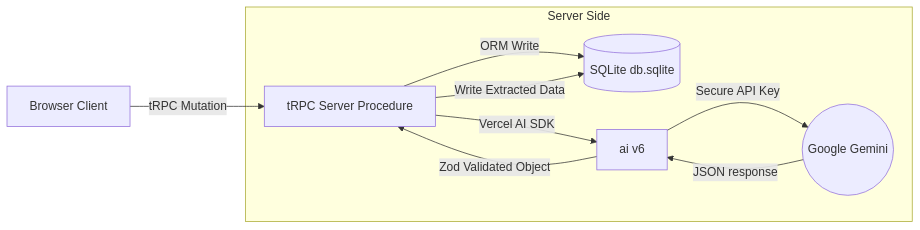
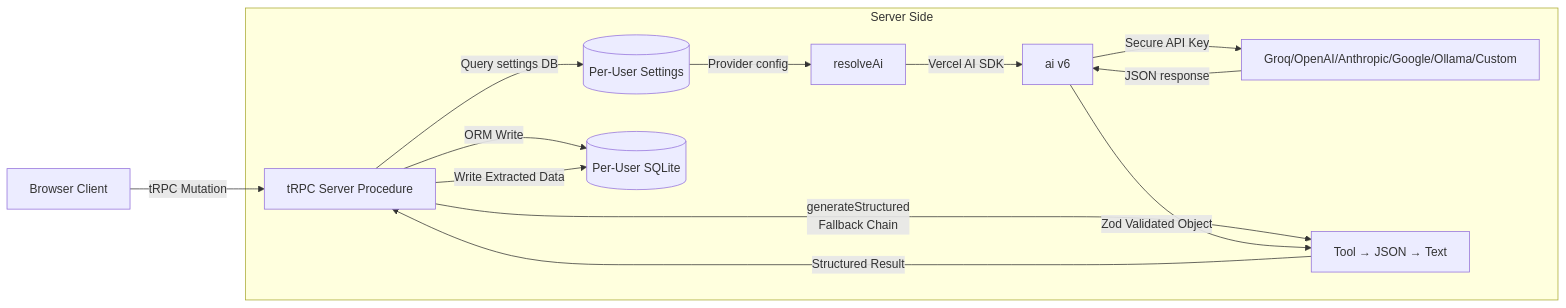
The diagram in Planning/knowledge_base/ai_integration.md (TheRealOP/Introspect), drawn with Mermaid before and after one commit. The commit also changed other lines of this file and 3 other files, not shown here.

````diff
--- a/Planning/knowledge_base/ai_integration.md
+++ b/Planning/knowledge_base/ai_integration.md
@@ -11,12 +11,16 @@
 ```mermaid
 graph LR
     User[Browser Client] -- tRPC Mutation --> Proc[tRPC Server Procedure]
     subgraph Server Side
-        Proc -- ORM Write --> SQLite[(SQLite db.sqlite)]
-        Proc -- Vercel AI SDK --> SDK[ai v6]
-        SDK -- Secure API Key --> Gemini((Google Gemini))
+        Proc -- Query settings DB --> Settings[(Per-User Settings)]
+        Settings -- Provider config --> Resolver[resolveAi]
+        Resolver -- Vercel AI SDK --> SDK[ai v6]
+        SDK -- Secure API Key --> Providers[Groq/OpenAI/Anthropic/Google/Ollama/Custom]
+        Proc -- ORM Write --> DB[(Per-User SQLite)]
+        Proc -- generateStructured<br/>Fallback Chain --> Structured[Tool → JSON → Text]
     end
-    Gemini -- JSON response --> SDK
-    SDK -- Zod Validated Object --> Proc
-    Proc -- Write Extracted Data --> SQLite
+    Providers -- JSON response --> SDK
+    SDK -- Zod Validated Object --> Structured
+    Structured -- Structured Result --> Proc
+    Proc -- Write Extracted Data --> DB
 ```
````
